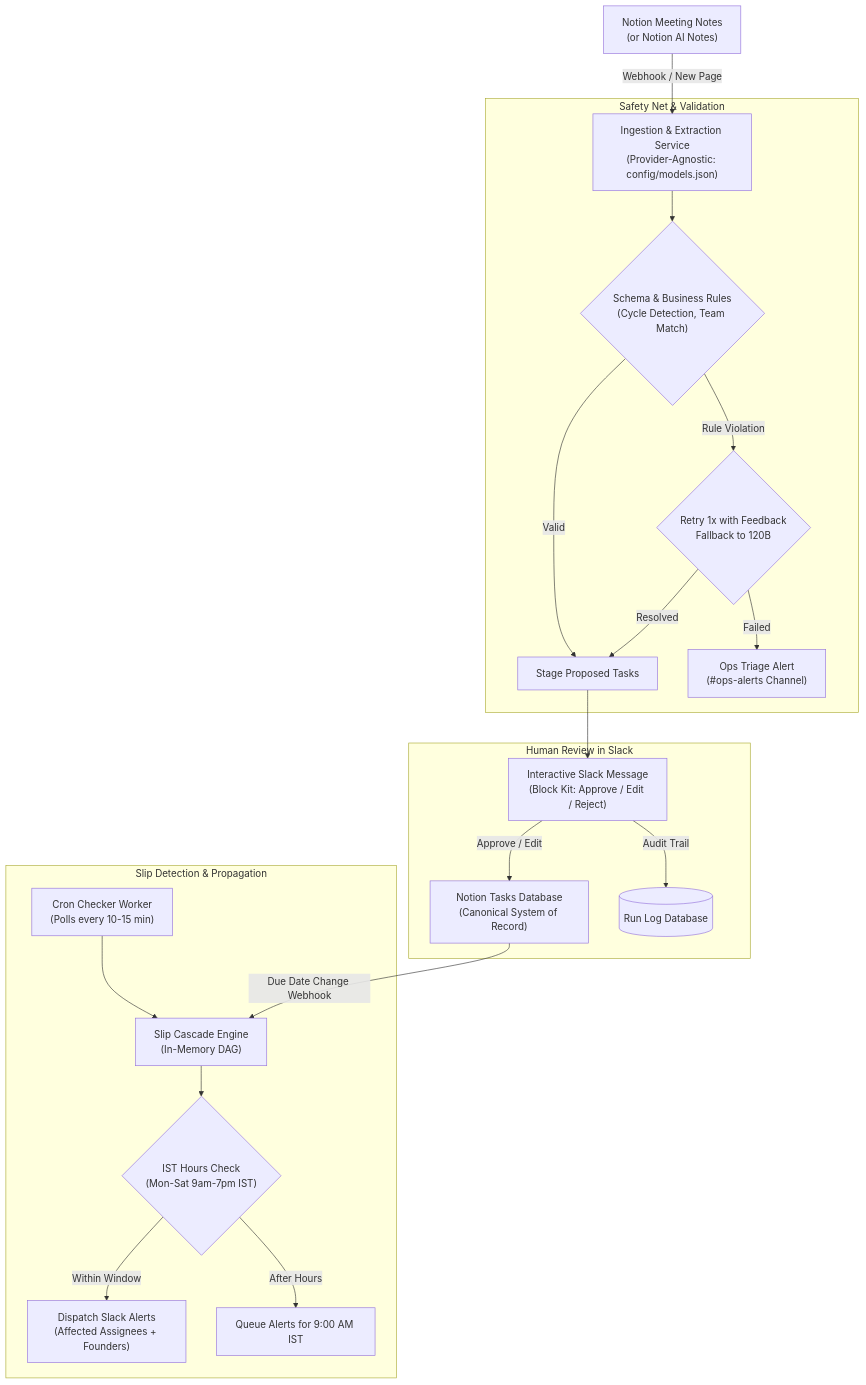
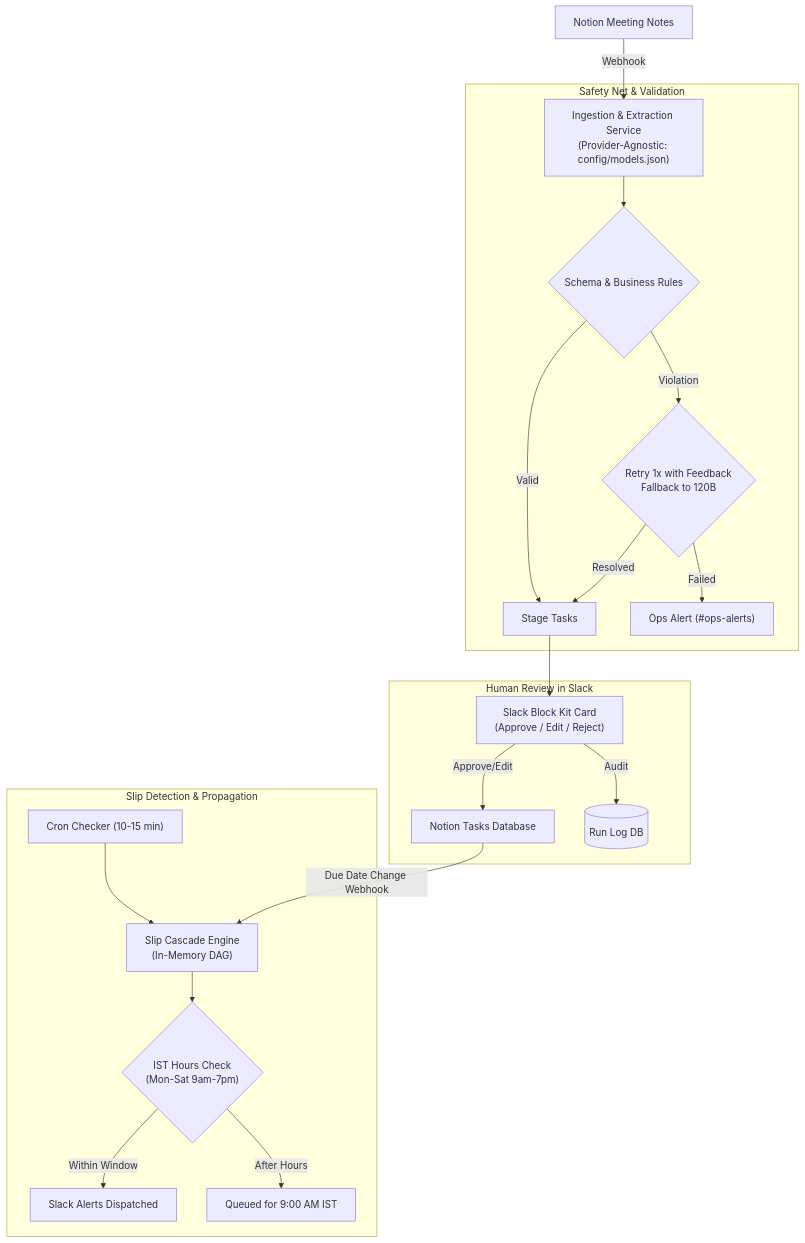
The first of 2 diagrams in BUILD_PLAN.md (srijantelang-work/product), drawn with Mermaid before and after one commit. The commit also changed other lines of this file and 1 other file, not shown here.

````diff
--- a/BUILD_PLAN.md
+++ b/BUILD_PLAN.md
@@ -12,26 +12,26 @@
 ```mermaid
 flowchart TD
-    A["Notion Meeting Notes<br/>(or Notion AI Notes)"] -->|Webhook / New Page| B["Ingestion & Extraction Service<br/>(Provider-Agnostic: config/models.json)"]
+    A["Notion Meeting Notes"] -->|Webhook| B["Ingestion & Extraction Service<br/>(Provider-Agnostic: config/models.json)"]
     
     subgraph S1["Safety Net & Validation"]
-        B --> C{"Schema & Business Rules<br/>(Cycle Detection, Team Match)"}
-        C -- "Rule Violation" --> D{"Retry 1x with Feedback<br/>Fallback to 120B"}
-        D -- "Resolved" --> E["Stage Proposed Tasks"]
-        D -- "Failed" --> ERR["Ops Triage Alert<br/>(#ops-alerts Channel)"]
+        B --> C{"Schema & Business Rules"}
+        C -- "Violation" --> D{"Retry 1x with Feedback<br/>Fallback to 120B"}
+        D -- "Resolved" --> E["Stage Tasks"]
+        D -- "Failed" --> ERR["Ops Alert (#ops-alerts)"]
     end
 
     subgraph S2["Human Review in Slack"]
         C -- "Valid" --> E
-        E --> F["Interactive Slack Message<br/>(Block Kit: Approve / Edit / Reject)"]
-        F -->|Approve / Edit| G["Notion Tasks Database<br/>(Canonical System of Record)"]
-        F -->|Audit Trail| H[("Run Log Database")]
+        E --> F["Slack Block Kit Card<br/>(Approve / Edit / Reject)"]
+        F -->|Approve/Edit| G["Notion Tasks Database"]
+        F -->|Audit| H[("Run Log DB")]
     end
 
     subgraph S3["Slip Detection & Propagation"]
         G -->|Due Date Change Webhook| I["Slip Cascade Engine<br/>(In-Memory DAG)"]
-        J["Cron Checker Worker<br/>(Polls every 10-15 min)"] --> I
-        I --> K{"IST Hours Check<br/>(Mon-Sat 9am-7pm IST)"}
-        K -- "Within Window" --> L["Dispatch Slack Alerts<br/>(Affected Assignees + Founders)"]
-        K -- "After Hours" --> M["Queue Alerts for 9:00 AM IST"]
+        J["Cron Checker (10-15 min)"] --> I
+        I --> K{"IST Hours Check<br/>(Mon-Sat 9am-7pm)"}
+        K -- "Within Window" --> L["Slack Alerts Dispatched"]
+        K -- "After Hours" --> M["Queued for 9:00 AM IST"]
     end
 ```
````
